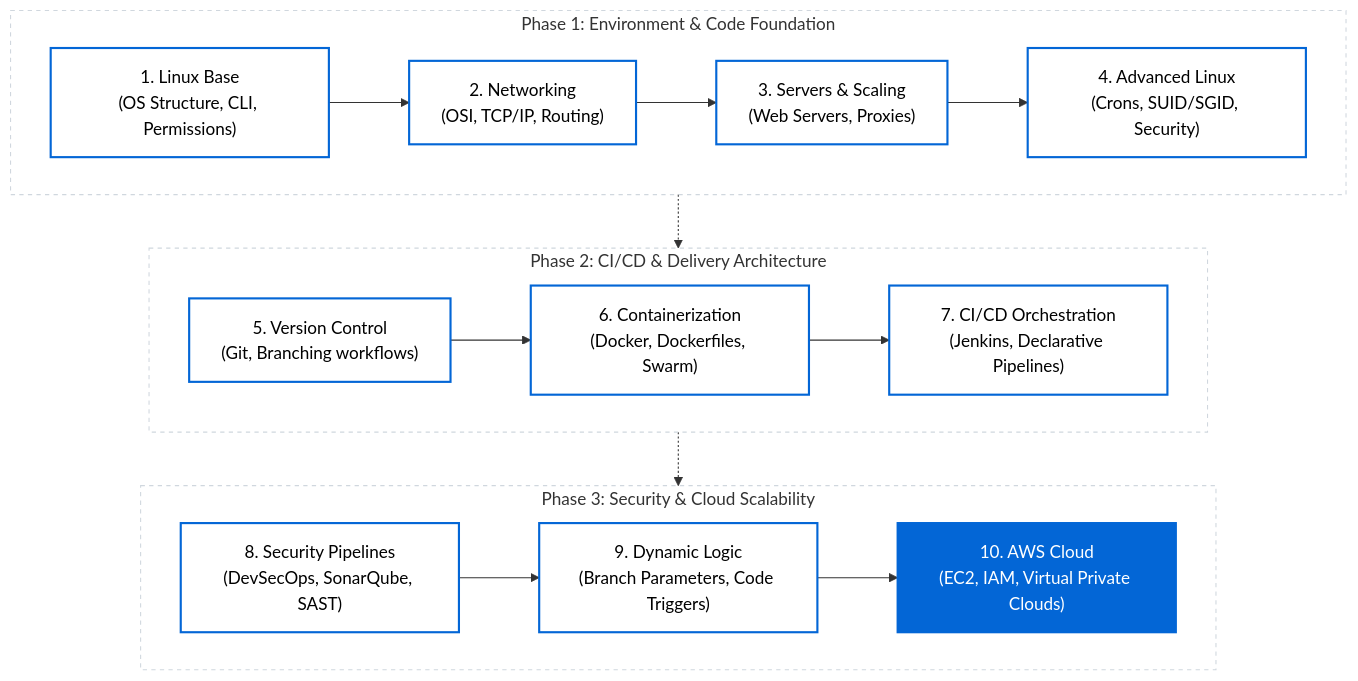
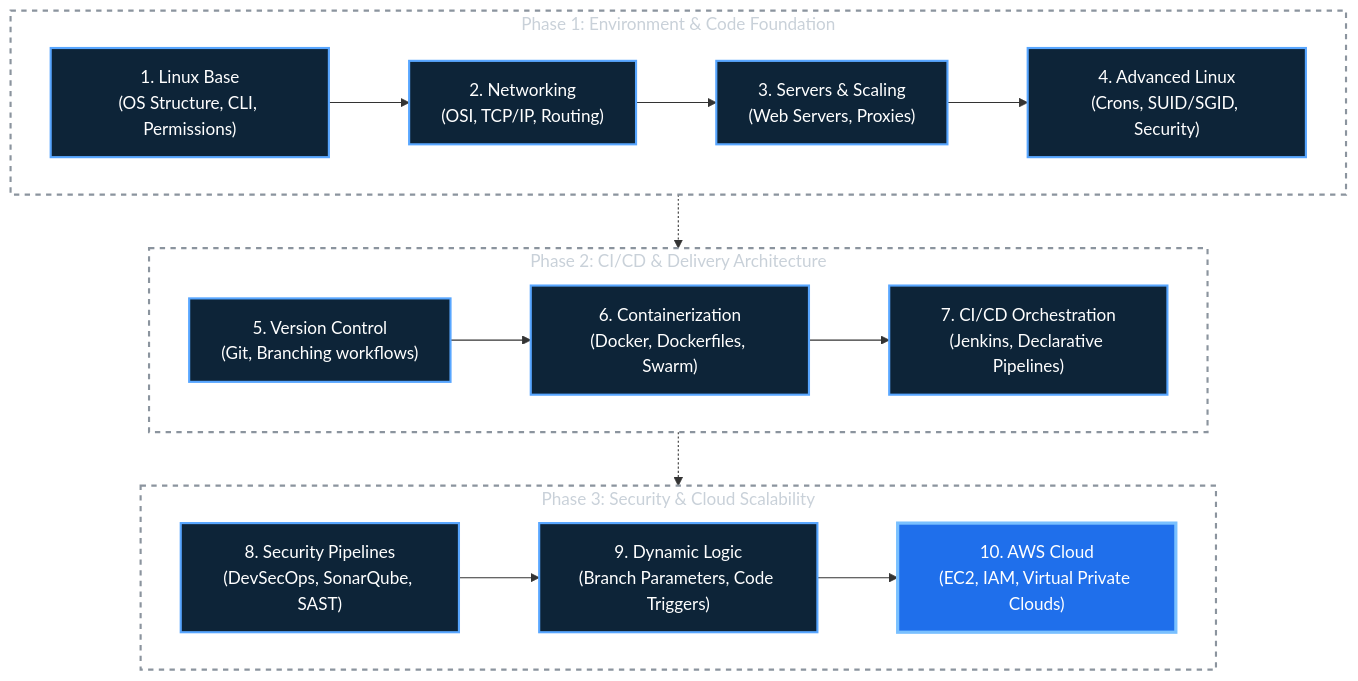
Before and after one commit to hridyen/DevOps-Survival-Roadmap: the diagram in README.md, drawn with Mermaid. The commit also changed other lines of this file, not shown here.

````diff
--- a/README.md
+++ b/README.md
@@ -97,30 +77,30 @@
 ```mermaid
 flowchart TD
-    classDef default fill:transparent,stroke:#0366d6,stroke-width:2px,color:inherit;
-    classDef active fill:#0366d6,stroke:#0366d6,stroke-width:2px,color:#ffffff;
-    classDef phase fill:transparent,stroke:#d0d7de,stroke-width:1px,stroke-dasharray: 4 4;
+    classDef default fill:#0d2438,stroke:#58a6ff,stroke-width:2px,color:#ffffff;
+    classDef active fill:#1f6feb,stroke:#79c0ff,stroke-width:3px,color:#ffffff;
+    classDef phase fill:transparent,stroke:#8b949e,stroke-width:2px,stroke-dasharray: 5 5,color:#c9d1d9;
 
     subgraph P1 [Phase 1: Environment & Code Foundation]
         A["1. Linux Base<br/>(OS Structure, CLI, Permissions)"] --> 
         B["2. Networking<br/>(OSI, TCP/IP, Routing)"] --> 
         C["3. Servers & Scaling<br/>(Web Servers, Proxies)"] --> 
         D["4. Advanced Linux<br/>(Crons, SUID/SGID, Security)"]
     end
 
     subgraph P2 [Phase 2: CI/CD & Delivery Architecture]
         E["5. Version Control<br/>(Git, Branching workflows)"] --> 
         F["6. Containerization<br/>(Docker, Dockerfiles, Swarm)"] --> 
         G["7. CI/CD Orchestration<br/>(Jenkins, Declarative Pipelines)"]
     end
 
     subgraph P3 [Phase 3: Security & Cloud Scalability]
         H["8. Security Pipelines<br/>(DevSecOps, SonarQube, SAST)"] --> 
         I["9. Dynamic Logic<br/>(Branch Parameters, Code Triggers)"] --> 
         J["10. AWS Cloud<br/>(EC2, IAM, Virtual Private Clouds)"]:::active
     end
 
     P1 -.-> P2
     P2 -.-> P3
     
     class P1,P2,P3 phase;
 ```
````
